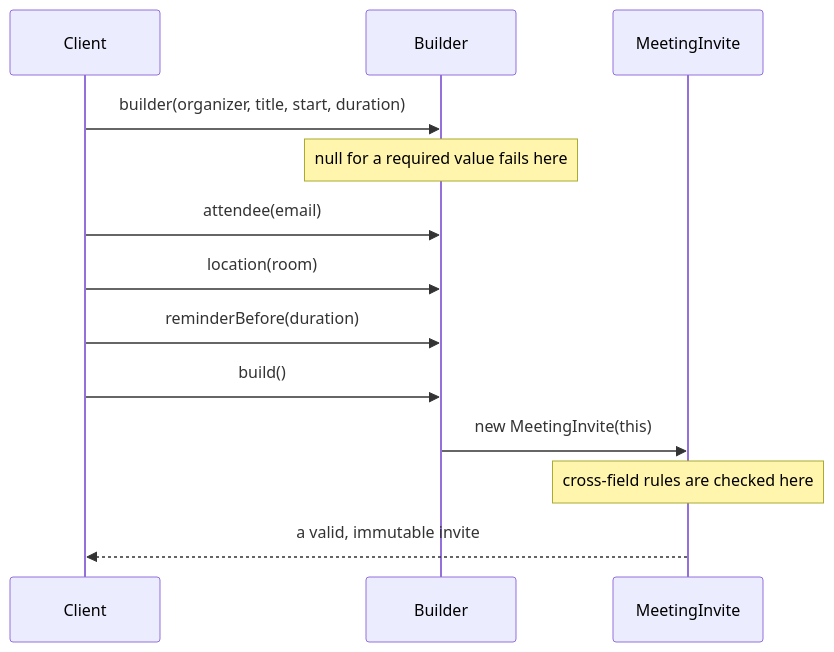
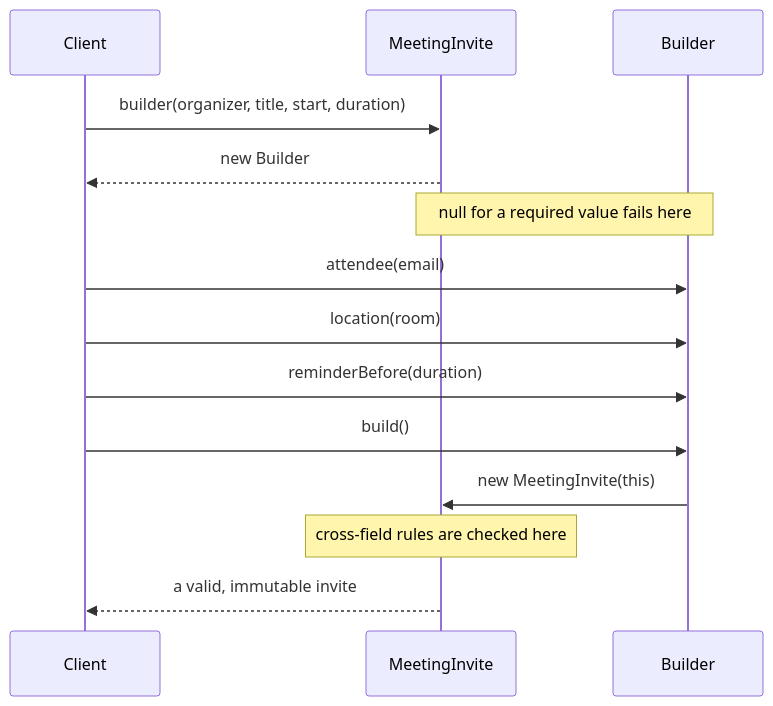
One commit to Chris013/java-practice changed the second of 2 diagrams in tasks/31-meeting-invite-builder.md. Above: the diagram before and after it, drawn with Mermaid. The commit also changed other lines of this file and 2 other files, not shown here.

````diff
--- a/tasks/31-meeting-invite-builder.md
+++ b/tasks/31-meeting-invite-builder.md
@@ -73,15 +83,16 @@
 ```mermaid
 sequenceDiagram
     participant C as Client
+    participant M as MeetingInvite
     participant B as Builder
-    participant M as MeetingInvite
-    C->>B: builder(organizer, title, start, duration)
-    Note over B: null for a required value fails here
+    C->>M: builder(organizer, title, start, duration)
+    M-->>C: new Builder
+    Note over M,B: null for a required value fails here
     C->>B: attendee(email)
     C->>B: location(room)
     C->>B: reminderBefore(duration)
     C->>B: build()
     B->>M: new MeetingInvite(this)
     Note over M: cross-field rules are checked here
     M-->>C: a valid, immutable invite
 ```
````
